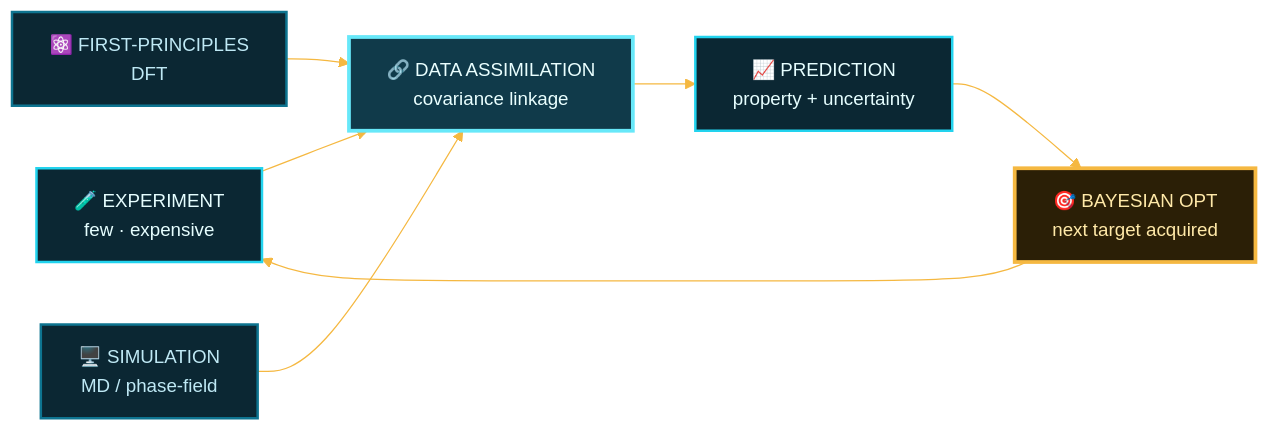
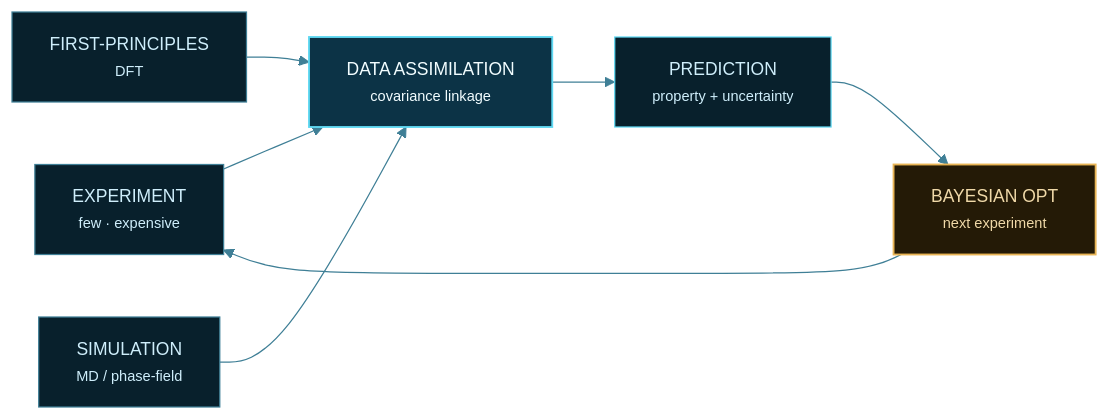
One commit to shuccii/shuccii changed the diagram in README.md. Above: the diagram before and after it, drawn with Mermaid. The commit also changed other lines of this file and 16 other files, not shown here.

````diff
--- a/README.md
+++ b/README.md
@@ -42,16 +27,15 @@
 ```mermaid
-%%{init: {'theme':'base','themeVariables':{'background':'#05090f','primaryColor':'#0b2733','primaryTextColor':'#e6feff','primaryBorderColor':'#22d3ee','lineColor':'#f5b841','fontFamily':'monospace','fontSize':'15px'}}}%%
+%%{init: {'theme':'base','themeVariables':{'background':'#040f18','primaryColor':'#0a2735','primaryTextColor':'#cfeefb','primaryBorderColor':'#5fd8f2','lineColor':'#3f7f96','fontFamily':'monospace','fontSize':'14px'}}}%%
 flowchart LR
-    A["🧪 EXPERIMENT<br/>few · expensive"]:::exp --> D
-    B["⚛️ FIRST-PRINCIPLES<br/>DFT"]:::calc --> D
-    C["🖥️ SIMULATION<br/>MD / phase-field"]:::calc --> D
-    D["🔗 DATA ASSIMILATION<br/>covariance linkage"]:::core --> E
-    E["📈 PREDICTION<br/>property + uncertainty"]:::out --> F
-    F["🎯 BAYESIAN OPT<br/>next target acquired"]:::gold --> A
+    A["EXPERIMENT<br/><small>few · expensive</small>"]:::src --> D
+    B["FIRST-PRINCIPLES<br/><small>DFT</small>"]:::src --> D
+    C["SIMULATION<br/><small>MD / phase-field</small>"]:::src --> D
+    D["DATA ASSIMILATION<br/><small>covariance linkage</small>"]:::core --> E
+    E["PREDICTION<br/><small>property + uncertainty</small>"]:::out --> F
+    F["BAYESIAN OPT<br/><small>next experiment</small>"]:::gold --> A
 
-    classDef exp  fill:#0b2733,stroke:#22d3ee,stroke-width:2px,color:#e6feff
-    classDef calc fill:#0b2733,stroke:#0e7490,stroke-width:2px,color:#bfe9f5
-    classDef core fill:#103a4a,stroke:#67e8f9,stroke-width:3px,color:#eaffff
-    classDef out  fill:#0b2733,stroke:#22d3ee,stroke-width:2px,color:#e6feff
-    classDef gold fill:#2b1f06,stroke:#f5b841,stroke-width:3px,color:#ffe9a8
+    classDef src  fill:#08202c,stroke:#3f7f96,stroke-width:1px,color:#cfeefb
+    classDef core fill:#0c3346,stroke:#5fd8f2,stroke-width:1.5px,color:#f2fdff
+    classDef out  fill:#08202c,stroke:#5fd8f2,stroke-width:1px,color:#cfeefb
+    classDef gold fill:#241a06,stroke:#e8b455,stroke-width:1.5px,color:#f0d9a8
 ```
````
